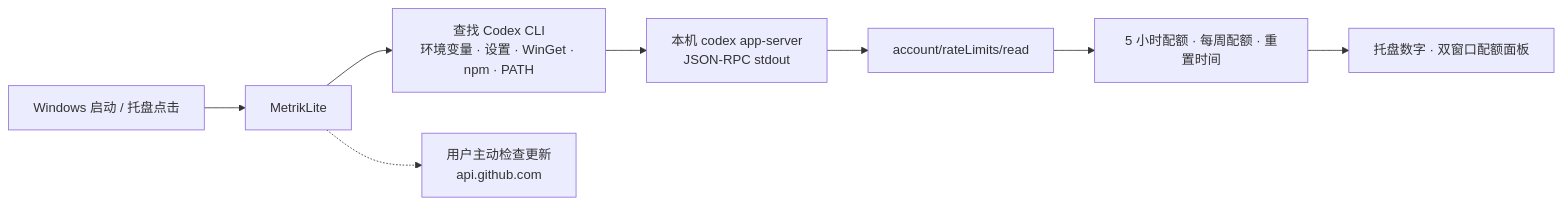
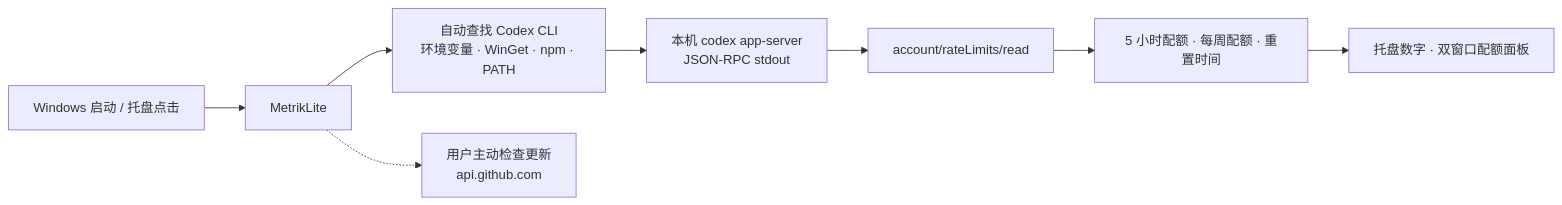
One commit to mors-lee/MetrikLite changed the diagram in README.md. Above: the diagram before and after it, drawn with Mermaid. The commit also changed other lines of this file and 14 other files, not shown here.

````diff
--- a/README.md
+++ b/README.md
@@ -106,10 +105,10 @@
 ```mermaid
 flowchart LR
     A["Windows 启动 / 托盘点击"] --> B["MetrikLite"]
-    B --> C["查找 Codex CLI<br/>环境变量 · 设置 · WinGet · npm · PATH"]
+    B --> C["自动查找 Codex CLI<br/>环境变量 · WinGet · npm · PATH"]
     C --> D["本机 codex app-server<br/>JSON-RPC stdout"]
     D --> E["account/rateLimits/read"]
     E --> F["5 小时配额 · 每周配额 · 重置时间"]
     F --> G["托盘数字 · 双窗口配额面板"]
     B -.-> H["用户主动检查更新<br/>api.github.com"]
 ```
````
